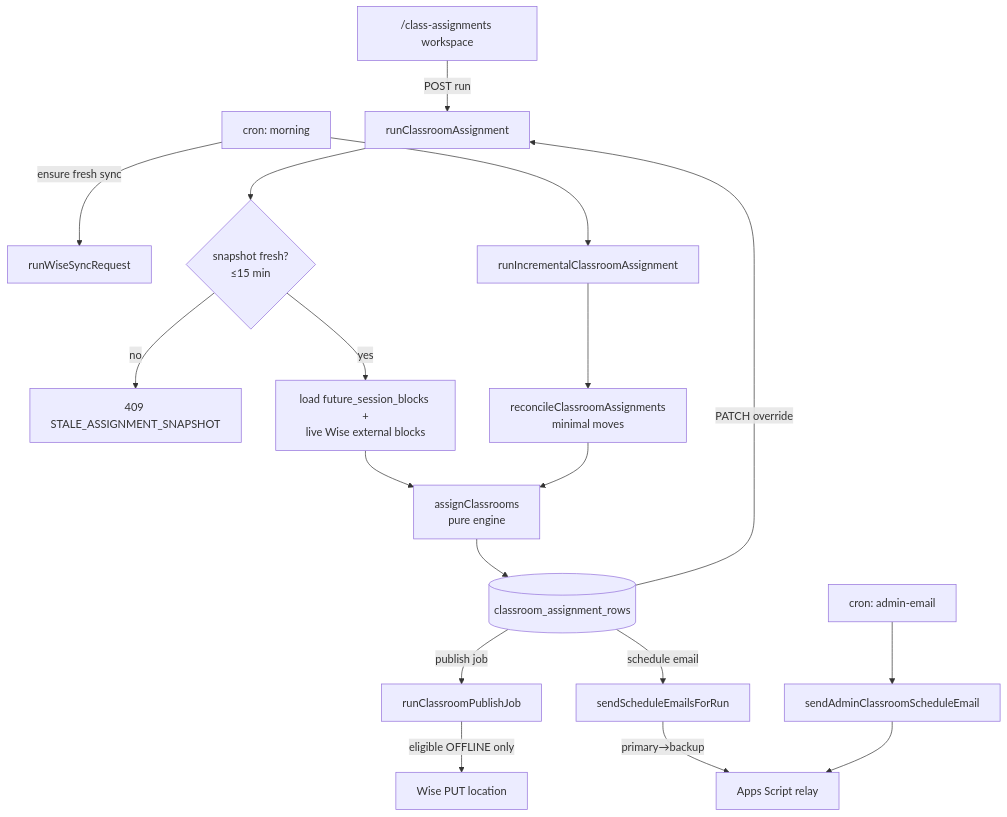
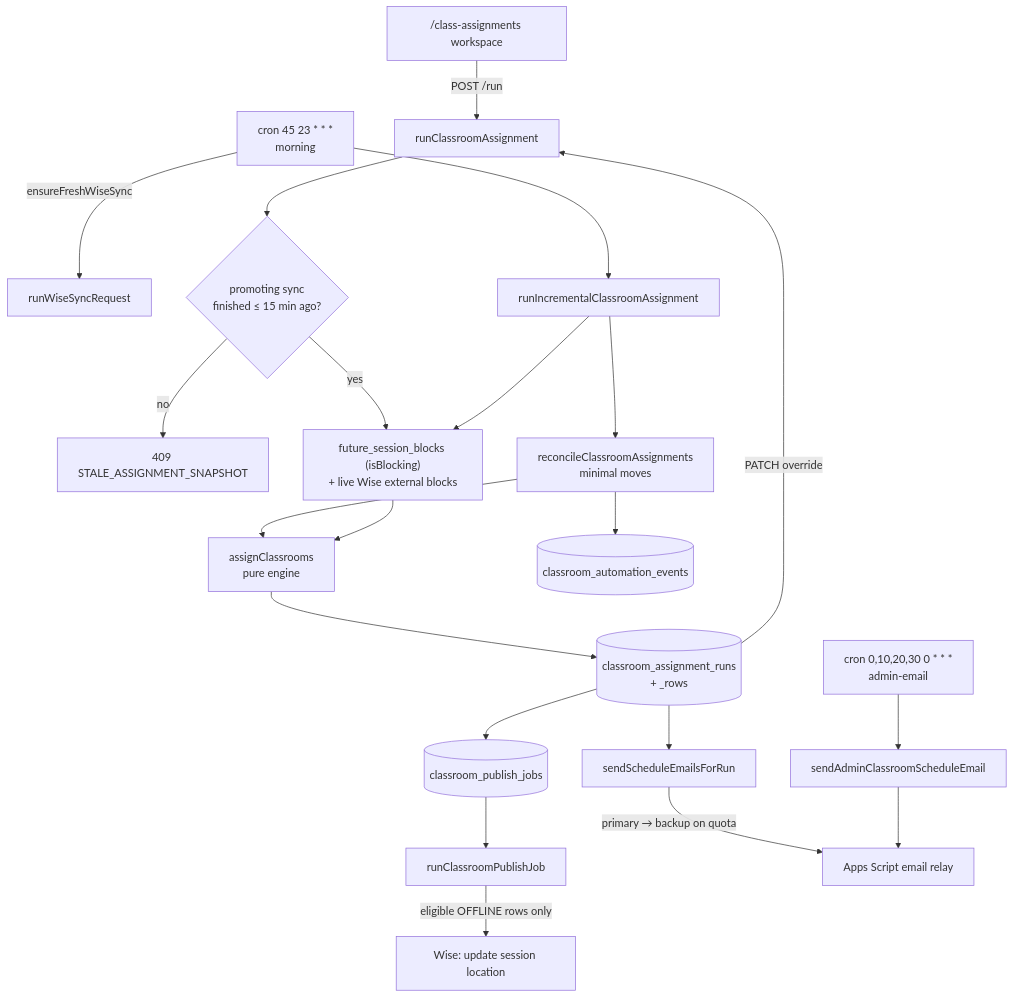
The diagram in docs/features/classroom-assignments.md (kasheesh711/bgscheduler), drawn with Mermaid before and after one commit. The commit also changed other lines of this file and 71 other files, not shown here.

````diff
--- a/docs/features/classroom-assignments.md
+++ b/docs/features/classroom-assignments.md
@@ -66,20 +100,25 @@
 ```mermaid
 flowchart TD
-  UI["/class-assignments workspace"] -->|POST run| RUN[runClassroomAssignment]
-  CRON1["cron: morning"] -->|ensure fresh sync| SYNC[runWiseSyncRequest]
+  UI["/class-assignments workspace"] -->|POST /run| RUN[runClassroomAssignment]
+  CRON1["cron 45 23 * * *<br/>morning"] -->|ensureFreshWiseSync| SYNC[runWiseSyncRequest]
   CRON1 --> RECON[runIncrementalClassroomAssignment]
 
-  RUN --> FRESH{snapshot fresh?<br/>≤15 min}
-  FRESH -- no --> ERR409[409 STALE_ASSIGNMENT_SNAPSHOT]
-  FRESH -- yes --> LOAD[load future_session_blocks +<br/>live Wise external blocks]
+  RUN --> FRESH{"promoting sync<br/>finished ≤ 15 min ago?"}
+  FRESH -- no --> ERR409["409 STALE_ASSIGNMENT_SNAPSHOT"]
+  FRESH -- yes --> LOAD["future_session_blocks (isBlocking)<br/>+ live Wise external blocks"]
+  RECON --> LOAD
+  RECON --> RECMOD[reconcileClassroomAssignments<br/>minimal moves]
+  RECMOD --> ENGINE
   LOAD --> ENGINE[assignClassrooms<br/>pure engine]
-  RECON --> RECMOD[reconcileClassroomAssignments<br/>minimal moves] --> ENGINE
-  ENGINE --> ROWS[(classroom_assignment_rows)]
+  ENGINE --> ROWS[("classroom_assignment_runs<br/>+ _rows")]
+  RECMOD --> EVENTS[(classroom_automation_events)]
 
   ROWS -->|PATCH override| RUN
-  ROWS -->|publish job| PUB[runClassroomPublishJob]
-  PUB -->|eligible OFFLINE only| WISE["Wise PUT location"]
-  ROWS -->|schedule email| MAIL[sendScheduleEmailsForRun]
-  MAIL -->|primary→backup| RELAY[Apps Script relay]
-  CRON2["cron: admin-email"] --> DIGEST[sendAdminClassroomScheduleEmail] --> RELAY
+  ROWS --> JOB[(classroom_publish_jobs)]
+  JOB --> PUB[runClassroomPublishJob]
+  PUB -->|eligible OFFLINE rows only| WISE["Wise: update session location"]
+  ROWS --> MAIL[sendScheduleEmailsForRun]
+  MAIL -->|primary → backup on quota| RELAY["Apps Script email relay"]
+  CRON2["cron 0,10,20,30 0 * * *<br/>admin-email"] --> DIGEST[sendAdminClassroomScheduleEmail]
+  DIGEST --> RELAY
 ```
````
